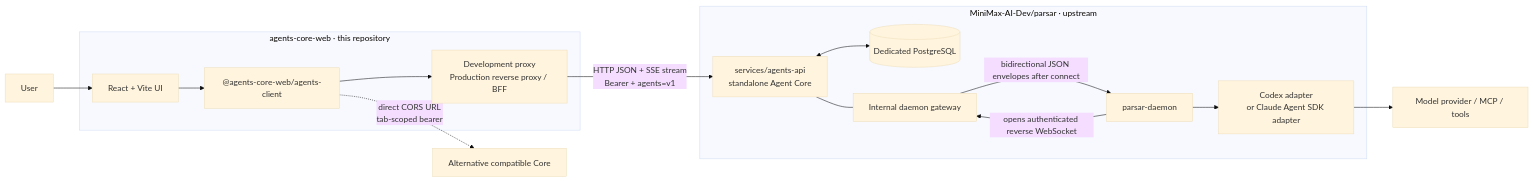
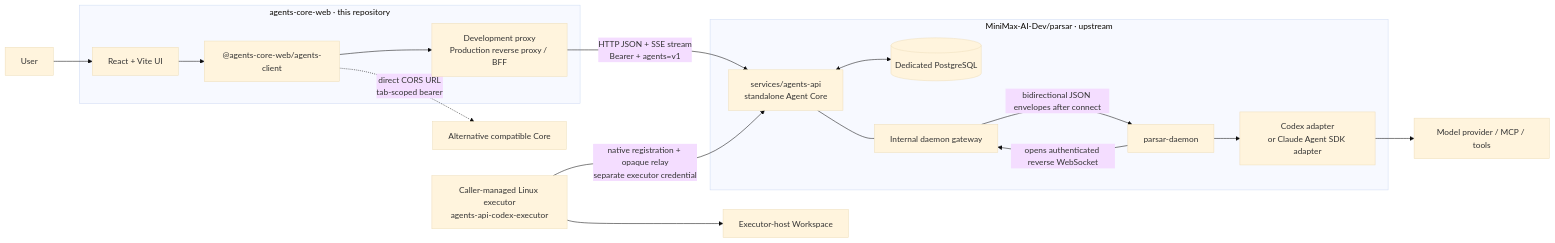
One commit to MiniMax-AI-Dev/agents-core-web changed the first of 2 diagrams in docs/architecture.md. Above: the diagram before and after it, drawn with Mermaid (base theme). The commit also changed other lines of this file and 34 other files, not shown here.

First line of the commit message:
feat(web): add self-hosted Session connection flow (#29)

````diff
--- a/docs/architecture.md
+++ b/docs/architecture.md
@@ -29,32 +29,36 @@
 ```mermaid
 flowchart LR
   user["User"]
 
   subgraph webrepo["agents-core-web · this repository"]
     ui["React + Vite UI"]
     client["@agents-core-web/agents-client"]
     boundary["Development proxy<br/>Production reverse proxy / BFF"]
     ui --> client --> boundary
   end
 
   subgraph parsarrepo["MiniMax-AI-Dev/parsar · upstream"]
     core["services/agents-api<br/>standalone Agent Core"]
     db[("Dedicated PostgreSQL")]
     gateway["Internal daemon gateway"]
     daemon["parsar-daemon"]
     adapter["Codex adapter<br/>or Claude Agent SDK adapter"]
 
     core <--> db
     core --- gateway
     daemon -->|"opens authenticated reverse WebSocket"| gateway
     gateway -->|"bidirectional JSON envelopes after connect"| daemon
     daemon --> adapter
   end
 
   compatible["Alternative compatible Core"]
+  executor["Caller-managed Linux executor<br/>agents-api-codex-executor"]
+  workspace["Executor-host Workspace"]
   native["Model provider / MCP / tools"]
   user --> ui
   boundary -->|"HTTP JSON + SSE stream<br/>Bearer + agents=v1"| core
   client -. "direct CORS URL<br/>tab-scoped bearer" .-> compatible
+  executor -->|"native registration + opaque relay<br/>separate executor credential"| core
+  executor --> workspace
   adapter --> native
 ```
````
